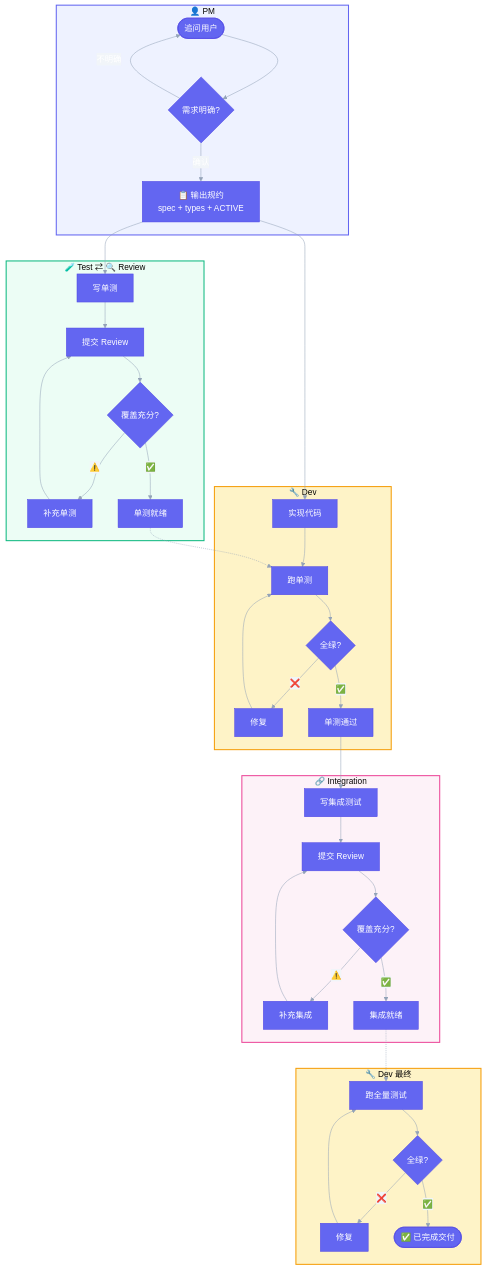
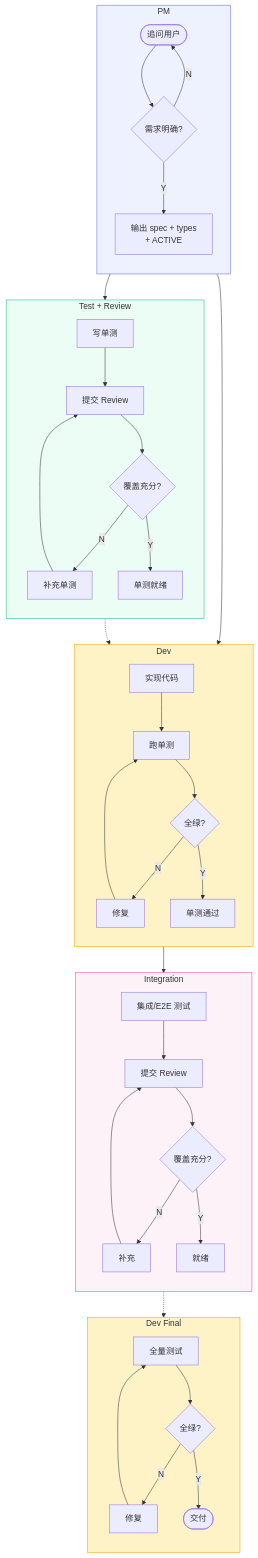
One commit to 0xlxx/skills changed the first of 2 diagrams in README.md. Above: the diagram before and after it, drawn with Mermaid. The commit also changed other lines of this file and 9 other files, not shown here.

````diff
--- a/README.md
+++ b/README.md
@@ -11,54 +11,56 @@
 ```mermaid
-%%{init: {'theme': 'base', 'themeVariables': { 'primaryColor': '#6366f1', 'primaryTextColor': '#fff', 'primaryBorderColor': '#4f46e5', 'lineColor': '#94a3b8', 'secondaryColor': '#f1f5f9', 'tertiaryColor': '#f8fafc'}}}%%
-graph TB
-    subgraph PM["👤 PM"]
+flowchart TB
+    subgraph PM ["PM"]
+        direction TB
         A([追问用户]) --> B{需求明确?}
-        B -->|不明确| A
-        B -->|确认| C[📋 输出规约<br/>spec + types + ACTIVE]
+        B -->|N| A
+        B -->|Y| C[输出 spec + types<br/>+ ACTIVE]
+    end
+
+    subgraph DEV ["Dev"]
+        direction TB
+        D[实现代码] --> K[跑单测]
+        K --> L{全绿?}
+        L -->|N| M[修复]
+        M --> K
+        L -->|Y| N[单测通过]
+    end
+
+    subgraph TR ["Test + Review"]
+        direction TB
+        E[写单测] --> F[提交 Review]
+        F --> G{覆盖充分?}
+        G -->|N| H[补充单测]
+        H --> F
+        G -->|Y| J[单测就绪]
+    end
+
+    subgraph IN ["Integration"]
+        direction TB
+        O[集成/E2E 测试] --> P[提交 Review]
+        P --> Q{覆盖充分?}
+        Q -->|N| R[补充]
+        R --> P
+        Q -->|Y| S[就绪]
+    end
+
+    subgraph DV ["Dev Final"]
+        direction TB
+        U[全量测试] --> V{全绿?}
+        V -->|N| W[修复]
+        W --> U
+        V -->|Y| X([交付])
     end
 
     C --> D
     C --> E
-
-    subgraph Dev["🔧 Dev"]
-        D[实现代码] --> K[跑单测]
-        K --> L{全绿?}
-        L -->|❌| M[修复]
-        M --> K
-        L -->|✅| N[单测通过]
-    end
-
-    subgraph TestReview["🧪 Test ⇄ 🔍 Review"]
-        E[写单测] --> F[提交 Review]
-        F --> G{覆盖充分?}
-        G -->|⚠️| H[补充单测]
-        H --> F
-        G -->|✅| J[单测就绪]
-    end
-
     J -.-> K
     N --> O
-
-    subgraph Integration["🔗 Integration"]
-        O[写集成测试] --> P[提交 Review]
-        P --> Q{覆盖充分?}
-        Q -->|⚠️| R[补充集成]
-        R --> P
-        Q -->|✅| S[集成就绪]
-    end
-
     S -.-> U
 
-    subgraph DevFinal["🔧 Dev 最终"]
-        U[跑全量测试] --> V{全绿?}
-        V -->|❌| W[修复]
-        W --> U
-        V -->|✅| X([✅ 已完成交付])
-    end
-
-    style PM fill:#eef2ff,stroke:#6366f1,stroke-width:2px
-    style Dev fill:#fef3c7,stroke:#f59e0b,stroke-width:2px
-    style TestReview fill:#ecfdf5,stroke:#10b981,stroke-width:2px
-    style Integration fill:#fdf2f8,stroke:#ec4899,stroke-width:2px
-    style DevFinal fill:#fef3c7,stroke:#f59e0b,stroke-width:2px
+    style PM fill:#eef2ff,stroke:#6366f1
+    style DEV fill:#fef3c7,stroke:#f59e0b
+    style TR fill:#ecfdf5,stroke:#10b981
+    style IN fill:#fdf2f8,stroke:#ec4899
+    style DV fill:#fef3c7,stroke:#f59e0b
 ```
````
